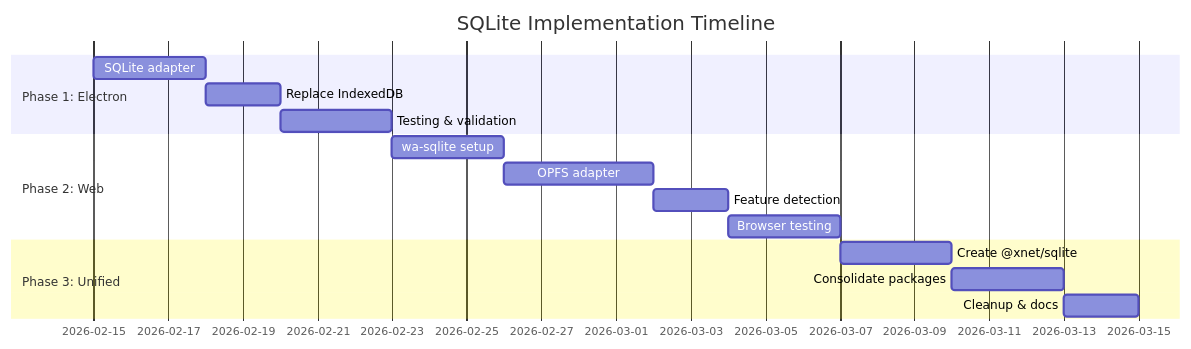
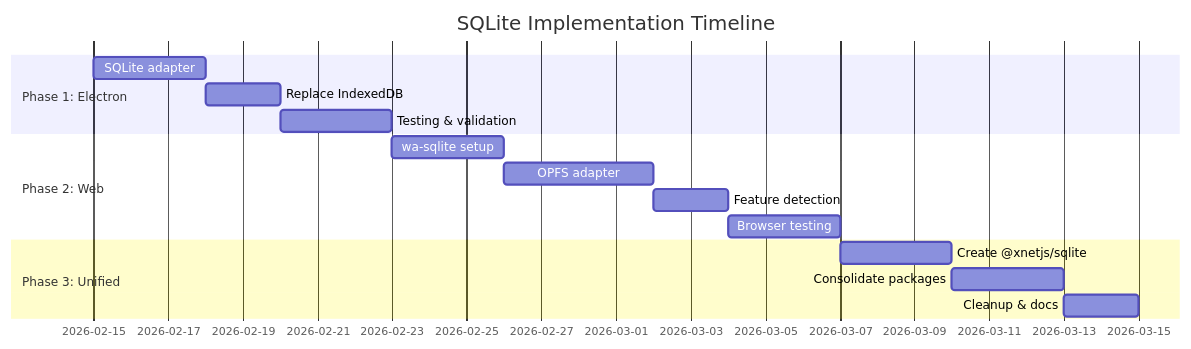
Diagram 16 of 16 in docs/explorations/0072_[x]_INDEXEDDB_TO_SQLITE_MIGRATION.md (crs48/xNet), drawn with Mermaid before and after one commit. The commit also changed other lines of this file and 980 other files, not shown here.

````diff
--- a/docs/explorations/0072_[x]_INDEXEDDB_TO_SQLITE_MIGRATION.md
+++ b/docs/explorations/0072_[x]_INDEXEDDB_TO_SQLITE_MIGRATION.md
@@ -746,20 +746,20 @@
 ```mermaid
 gantt
     title SQLite Implementation Timeline
     dateFormat  YYYY-MM-DD
     section Phase 1: Electron
     SQLite adapter           :p1a, 2026-02-15, 3d
     Replace IndexedDB        :p1b, after p1a, 2d
     Testing & validation     :p1c, after p1b, 3d
 
     section Phase 2: Web
     wa-sqlite setup          :p2a, after p1c, 3d
     OPFS adapter             :p2b, after p2a, 4d
     Feature detection        :p2c, after p2b, 2d
     Browser testing          :p2d, after p2c, 3d
 
     section Phase 3: Unified
-    Create @xnet/sqlite      :p3a, after p2d, 3d
+    Create @xnetjs/sqlite      :p3a, after p2d, 3d
     Consolidate packages     :p3b, after p3a, 3d
     Cleanup & docs           :p3c, after p3b, 2d
 ```
````
